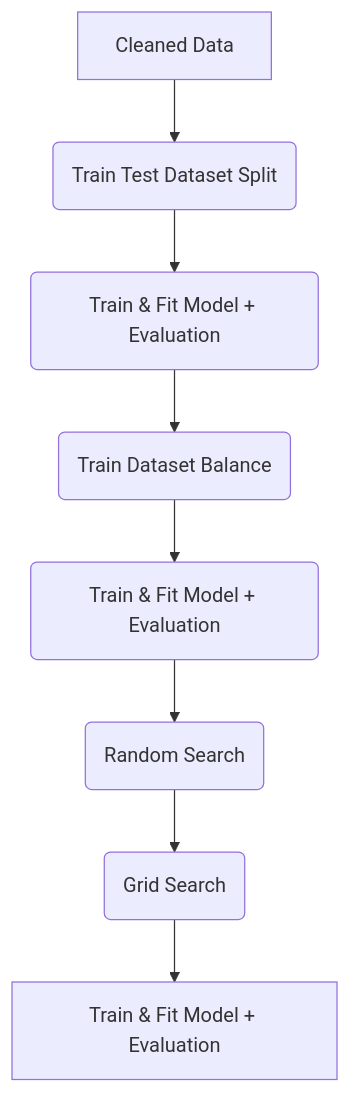
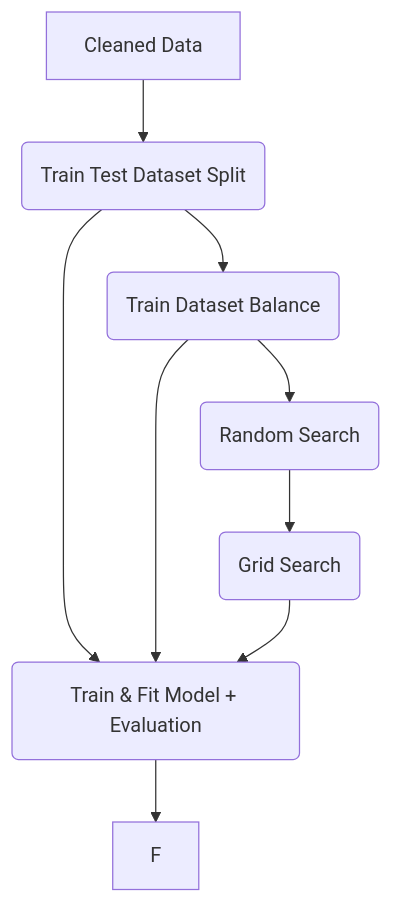
One commit to JamieDuane/SC5010_IBM_Data_Analysis changed the fifth of 5 diagrams in README.md. Above: the diagram before and after it, drawn with Mermaid.

````diff
--- a/README.md
+++ b/README.md
@@ -85,10 +85,11 @@
 ```mermaid
 flowchart TD;
     A[Cleaned Data]-->B(Train Test Dataset Split);
     B-->C(Train & Fit Model + Evaluation);
-    C-->D(Train Dataset Balance);
-    D-->E(Train & Fit Model + Evaluation);
-    E-->F(Random Search);
-    F-->G(Grid Search);
-    G-->H[Train & Fit Model + Evaluation];
+    B-->D(Train Dataset Balance);
+    D-->C;
+    D-->E(Random Search);
+    E-->F(Grid Search);
+    F-->C(Train & Fit Model + Evaluation);
+    C-->G[F];
 ```
````
